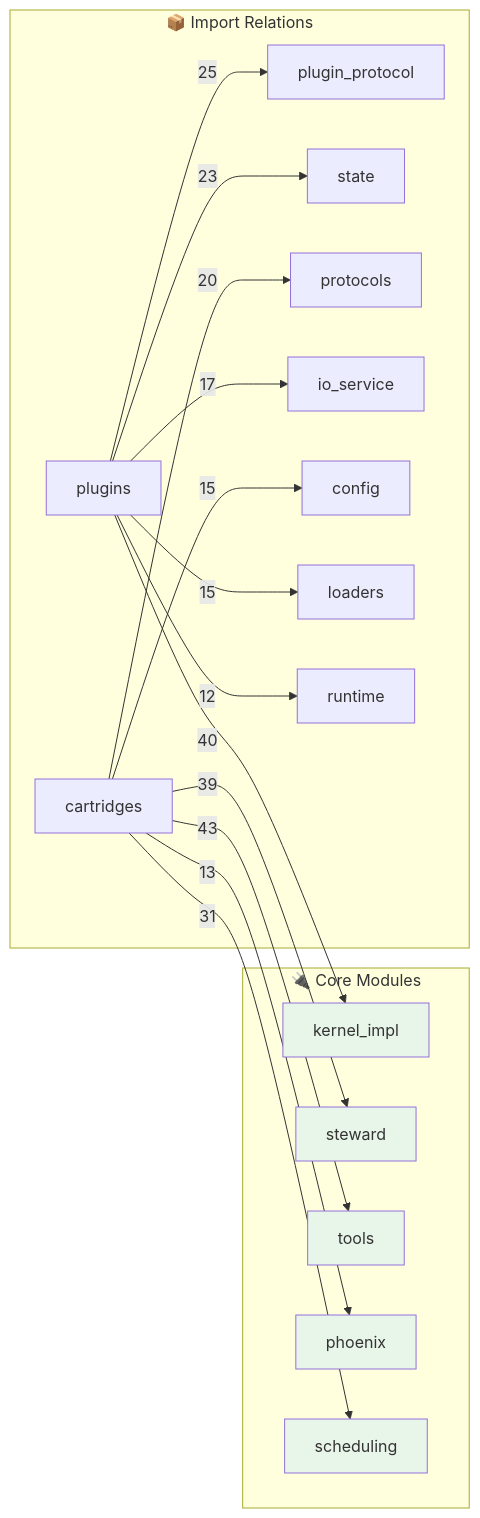
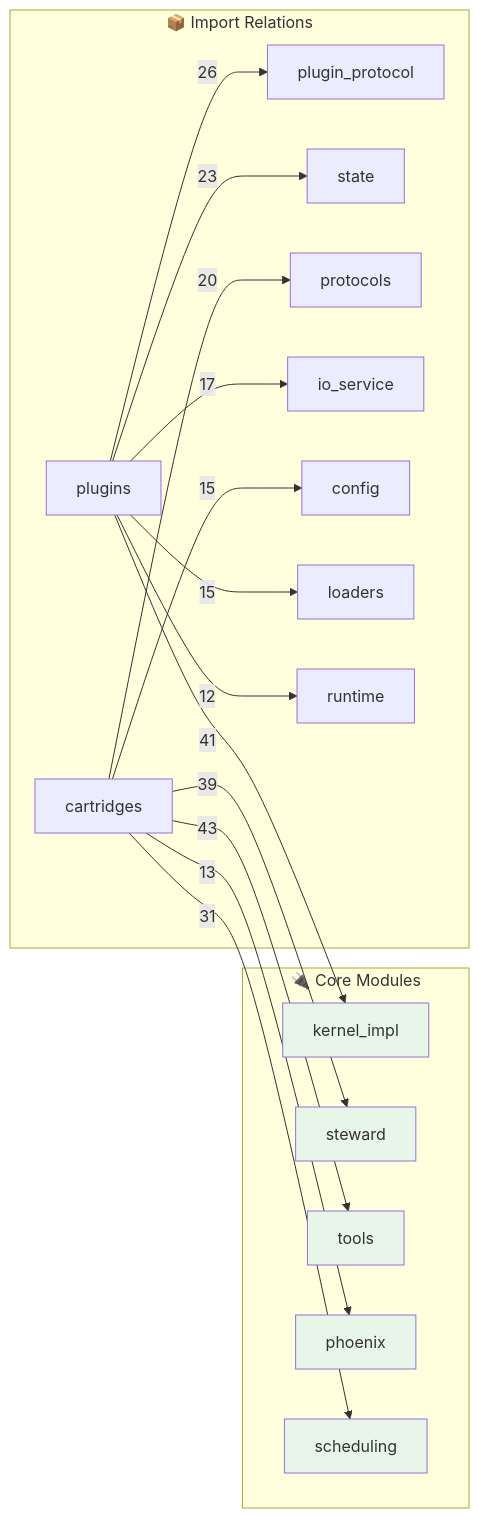
The second of 2 diagrams in OPUS.md (kimeisele/steward-protocol), drawn with Mermaid before and after one commit. The commit also changed other lines of this file and 16 other files, not shown here.

````diff
--- a/OPUS.md
+++ b/OPUS.md
@@ -680,31 +682,31 @@
 ```mermaid
 flowchart LR
     subgraph Core["🔌 Core Modules"]
         kernel_impl[kernel_impl]
         steward[steward]
         tools[tools]
         phoenix[phoenix]
         scheduling[scheduling]
     end
 
     subgraph Edges["📦 Import Relations"]
         cartridges -->|43| tools
-        plugins -->|40| kernel_impl
+        plugins -->|41| kernel_impl
         cartridges -->|39| steward
         cartridges -->|31| scheduling
-        plugins -->|25| plugin_protocol
+        plugins -->|26| plugin_protocol
         plugins -->|23| state
         cartridges -->|20| protocols
         plugins -->|17| io_service
         cartridges -->|15| config
         plugins -->|15| loaders
         cartridges -->|13| phoenix
         plugins -->|12| runtime
     end
 
     style kernel_impl fill:#e8f5e9
     style steward fill:#e8f5e9
     style tools fill:#e8f5e9
     style phoenix fill:#e8f5e9
     style scheduling fill:#e8f5e9
 ```
````
